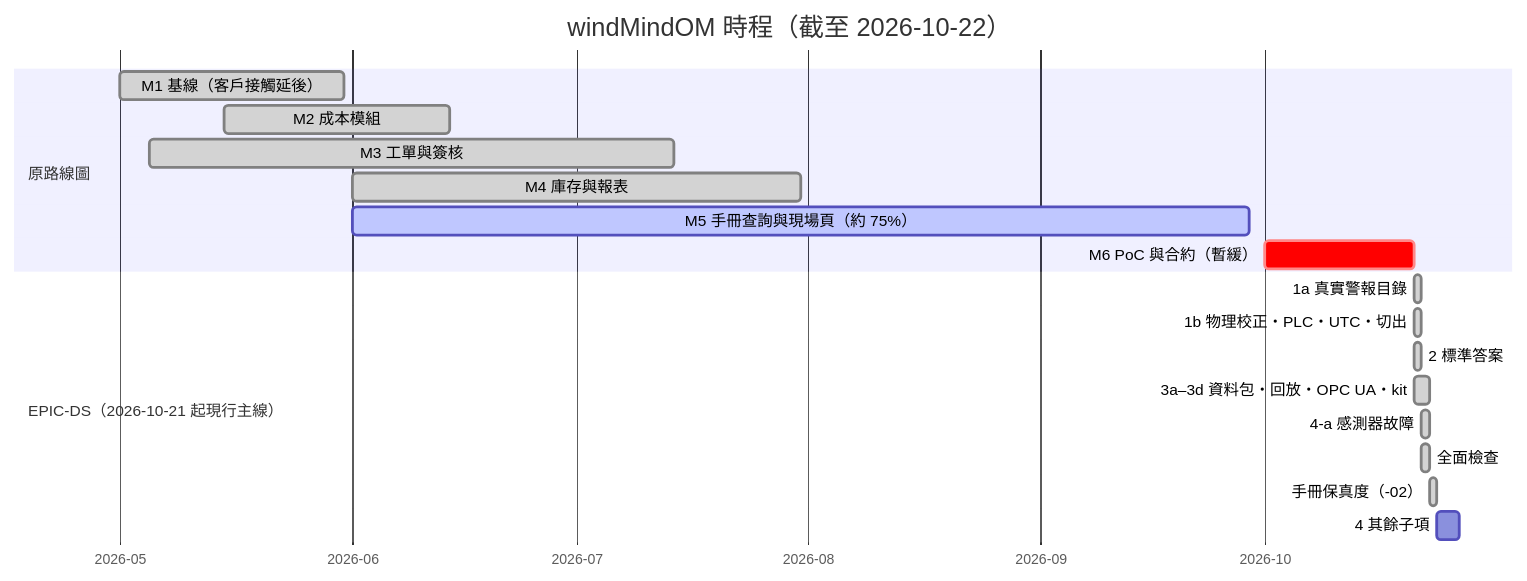
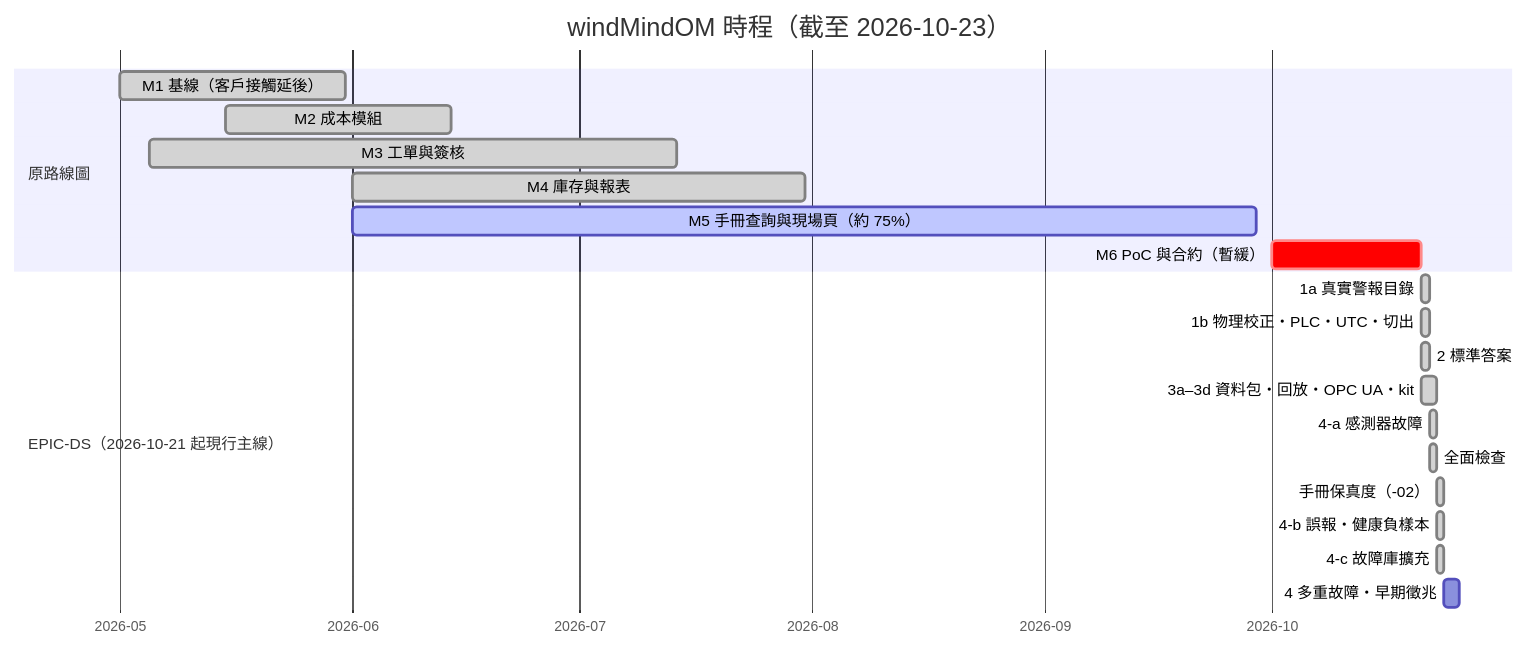
Before and after one commit to dofliu/windMindOM: the ninth of 9 diagrams in docs/architecture/windMindOM-architecture.md, drawn with Mermaid. The commit also changed other lines of this file and 72 other files, not shown here.

````diff
--- a/docs/architecture/windMindOM-architecture.md
+++ b/docs/architecture/windMindOM-architecture.md
@@ -326,24 +326,26 @@
 ```mermaid
 gantt
-    title windMindOM 時程（截至 2026-10-22）
+    title windMindOM 時程（截至 2026-10-23）
     dateFormat YYYY-MM-DD
     axisFormat %Y-%m
 
     section 原路線圖
     M1 基線（客戶接觸延後）       :done, m1, 2026-05-01, 30d
     M2 成本模組                  :done, m2, 2026-05-15, 30d
     M3 工單與簽核                 :done, m3, 2026-05-05, 70d
     M4 庫存與報表                 :done, m4, 2026-06-01, 60d
     M5 手冊查詢與現場頁（約 75%） :active, m5, 2026-06-01, 120d
     M6 PoC 與合約（暫緩）         :crit, m6, 2026-10-01, 20d
 
     section EPIC-DS（2026-10-21 起現行主線）
     1a 真實警報目錄               :done, ds1a, 2026-10-21, 1d
     1b 物理校正・PLC・UTC・切出    :done, ds1b, 2026-10-21, 1d
     2 標準答案                    :done, ds2, 2026-10-21, 1d
     3a–3d 資料包・回放・OPC UA・kit :done, ds3, 2026-10-21, 2d
     4-a 感測器故障                 :done, ds4a, 2026-10-22, 1d
     全面檢查                       :done, chk, 2026-10-22, 1d
     手冊保真度（-02）              :done, ds02, 2026-10-23, 1d
-    4 其餘子項                     :ds4, 2026-10-24, 3d
+    4-b 誤報・健康負樣本           :done, ds4b, 2026-10-23, 1d
+    4-c 故障庫擴充                 :done, ds4c, 2026-10-23, 1d
+    4 多重故障・早期徵兆           :ds4, 2026-10-24, 2d
 ```
````
